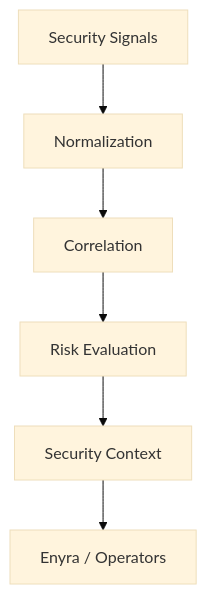
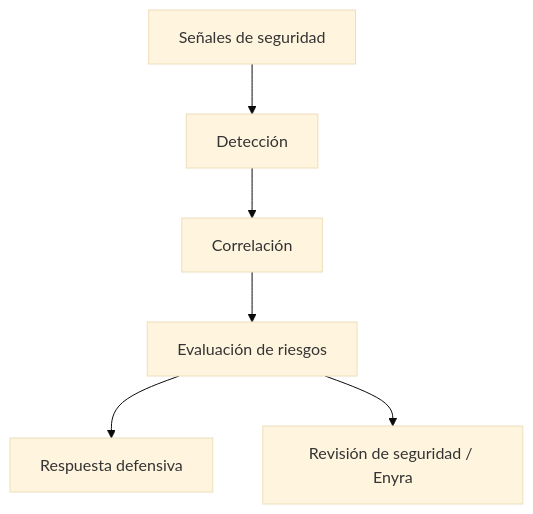
The diagram in es/intelligence/detection-and-response.mdx (enigm-llc/docs), drawn with Mermaid (base theme) before and after one commit. The commit also changed other lines of this file and 43 other files, not shown here.

````diff
--- a/es/intelligence/detection-and-response.mdx
+++ b/es/intelligence/detection-and-response.mdx
@@ -21,11 +18,15 @@
 ```mermaid
 flowchart TD
-  Signals["Security Signals"]
-  Normalization["Normalization"]
-  Correlation["Correlation"]
-  Risk["Risk Evaluation"]
-  Context["Security Context"]
-  Operators["Enyra / Operators"]
+  Signals["Señales de seguridad"]
+  Detection["Detección"]
+  Correlation["Correlación"]
+  Risk["Evaluación de riesgos"]
+  Response["Respuesta defensiva"]
+  Visibility["Revisión de seguridad / Enyra"]
 
-  Signals --> Normalization --> Correlation --> Risk --> Context --> Operators
+  Signals --> Detection
+  Detection --> Correlation
+  Correlation --> Risk
+  Risk --> Response
+  Risk --> Visibility
 ```
````
